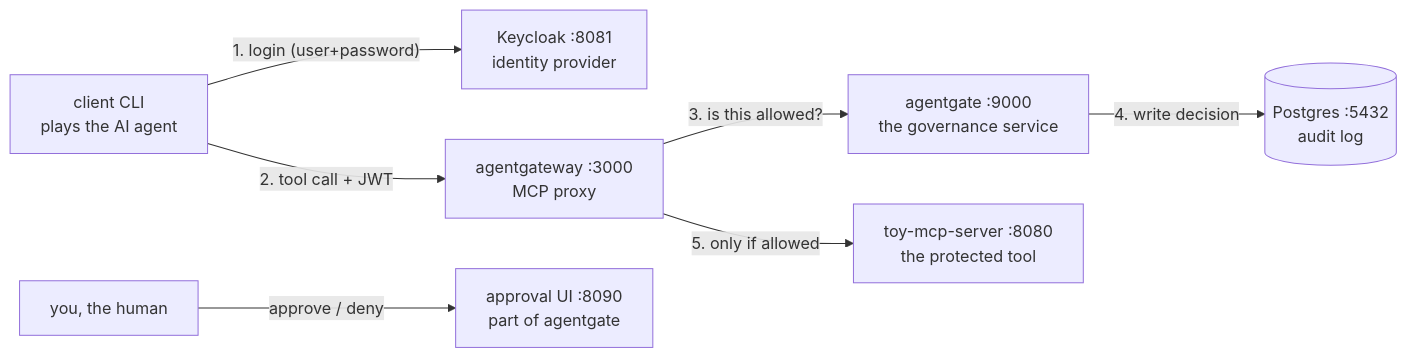
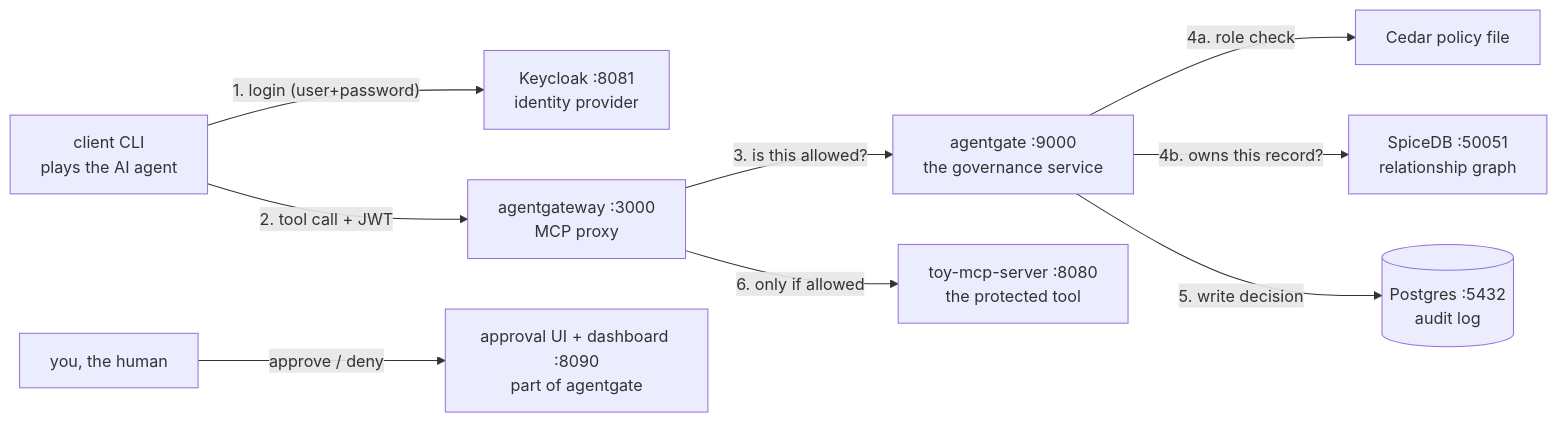
Before and after one commit to rushi-dynmsh/agentgate-mvp: the diagram in EXECUTION_GUIDE.md, drawn with Mermaid. The commit also changed other lines of this file and 1 other file, not shown here.

````diff
--- a/EXECUTION_GUIDE.md
+++ b/EXECUTION_GUIDE.md
@@ -13,9 +13,11 @@
 ```mermaid
 flowchart LR
     C[client CLI\nplays the AI agent] -->|"1. login (user+password)"| KC[Keycloak :8081\nidentity provider]
     C -->|"2. tool call + JWT"| GW[agentgateway :3000\nMCP proxy]
     GW -->|"3. is this allowed?"| AG[agentgate :9000\nthe governance service]
-    AG -->|"4. write decision"| PG[(Postgres :5432\naudit log)]
-    GW -->|"5. only if allowed"| TS[toy-mcp-server :8080\nthe protected tool]
-    H[you, the human] -->|approve / deny| UI[approval UI :8090\npart of agentgate]
+    AG -->|"4a. role check"| CE[Cedar policy file]
+    AG -->|"4b. owns this record?"| SP[SpiceDB :50051\nrelationship graph]
+    AG -->|"5. write decision"| PG[(Postgres :5432\naudit log)]
+    GW -->|"6. only if allowed"| TS[toy-mcp-server :8080\nthe protected tool]
+    H[you, the human] -->|approve / deny| UI[approval UI + dashboard :8090\npart of agentgate]
 ```
````
